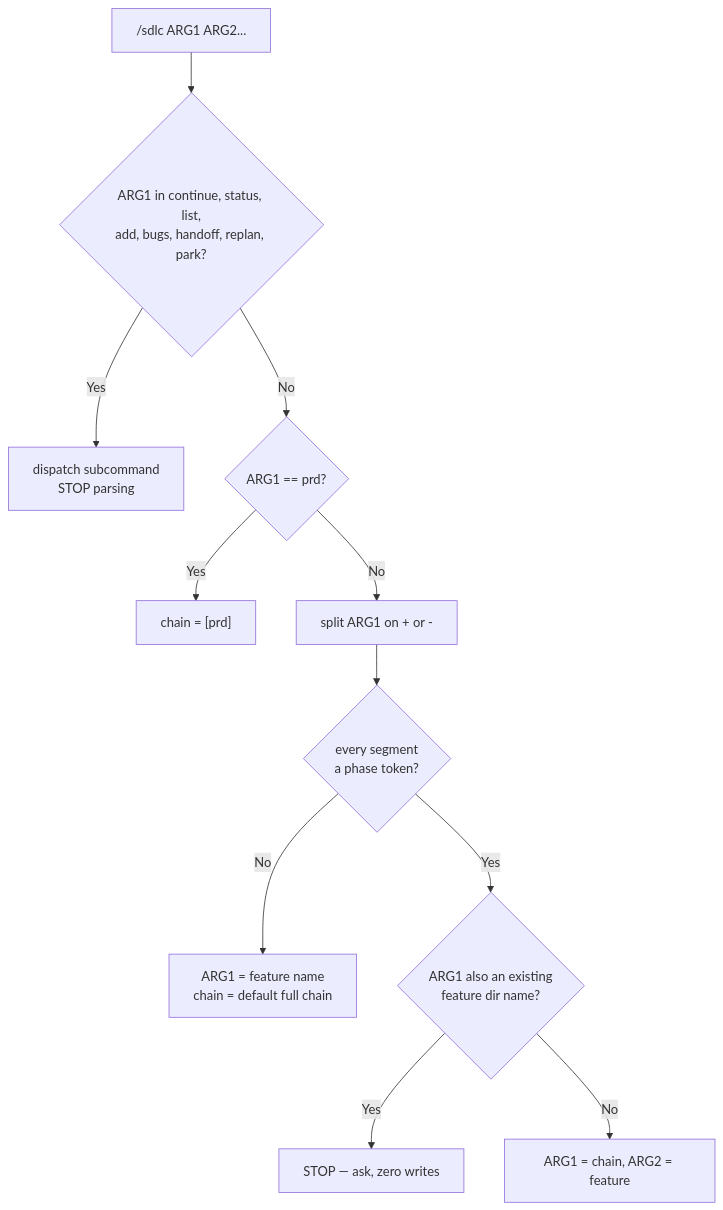
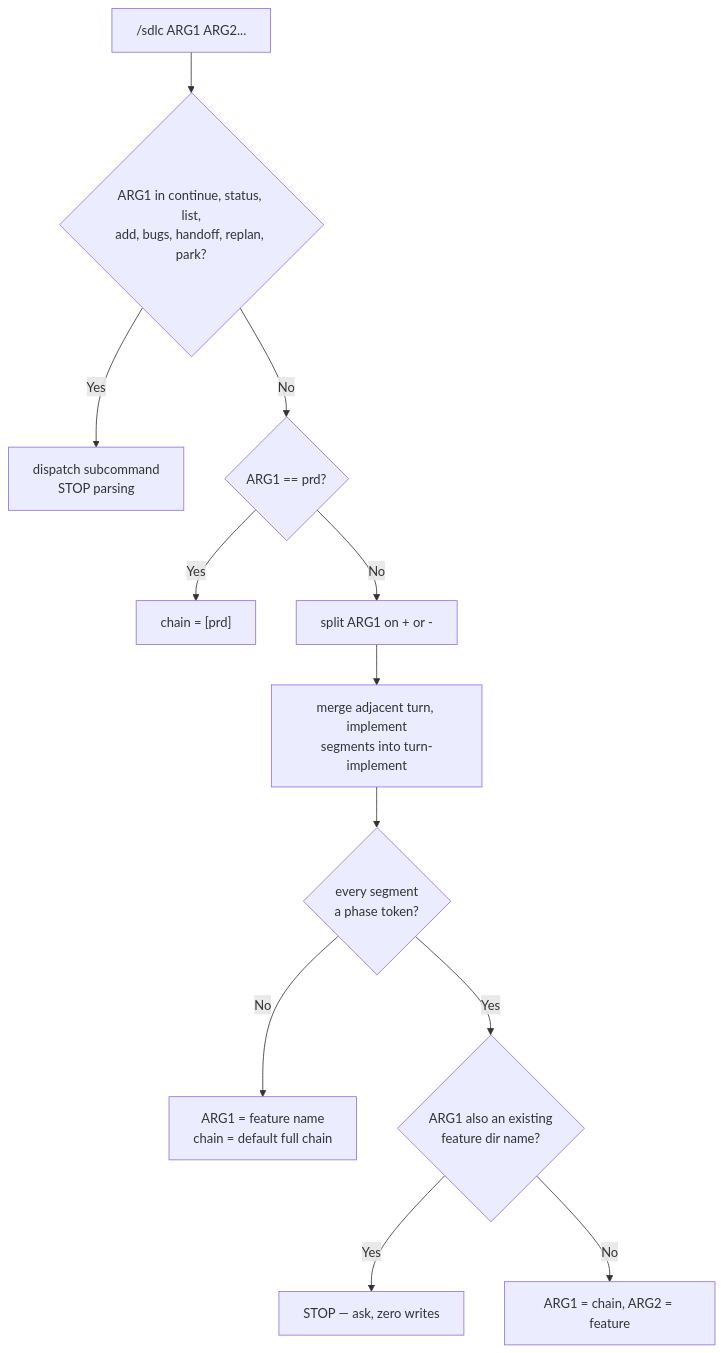
Before and after one commit to fastestdevalive/vibekit: the first of 2 diagrams in skills/sdlc/GRAMMAR.md, drawn with Mermaid. The commit also changed other lines of this file and 5 other files, not shown here.

First line of the commit message:
feat(sdlc): add turn-implement mode for per-phase implementer spawns

````diff
--- a/skills/sdlc/GRAMMAR.md
+++ b/skills/sdlc/GRAMMAR.md
@@ -13,13 +13,14 @@
 ```mermaid
 flowchart TD
     In["/sdlc ARG1 ARG2..."] --> Sub{"ARG1 in continue, status, list,<br/>add, bugs, handoff, replan, park?"}
     Sub -->|Yes| Dispatch["dispatch subcommand<br/>STOP parsing"]
     Sub -->|No| Prd{"ARG1 == prd?"}
     Prd -->|Yes| Chain1["chain = [prd]"]
     Prd -->|No| Split["split ARG1 on + or -"]
-    Split --> All{"every segment<br/>a phase token?"}
+    Split --> Merge["merge adjacent turn, implement<br/>segments into turn-implement"]
+    Merge --> All{"every segment<br/>a phase token?"}
     All -->|No| Feat["ARG1 = feature name<br/>chain = default full chain"]
     All -->|Yes| Coll{"ARG1 also an existing<br/>feature dir name?"}
     Coll -->|Yes| Ask["STOP — ask, zero writes"]
     Coll -->|No| Run["ARG1 = chain, ARG2 = feature"]
 ```
````
